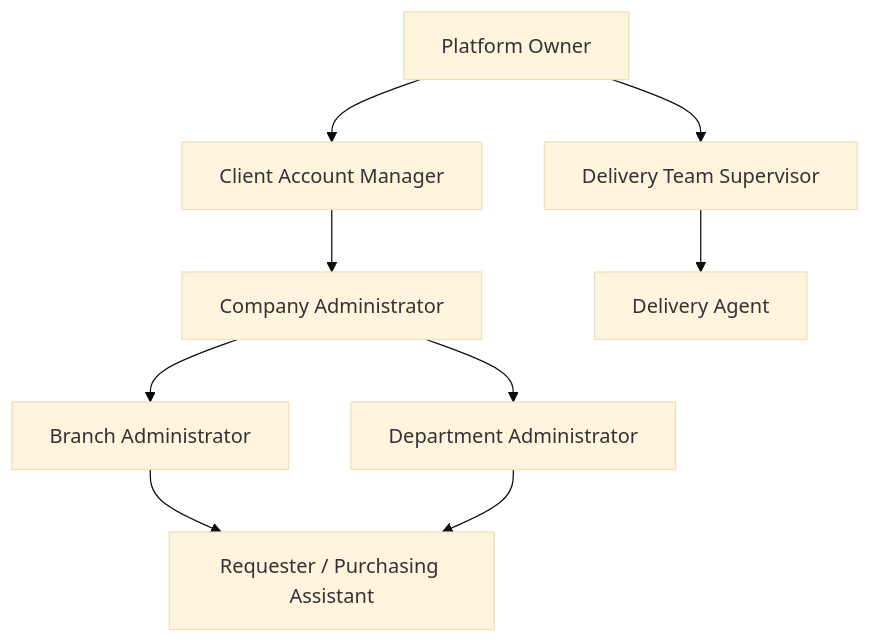
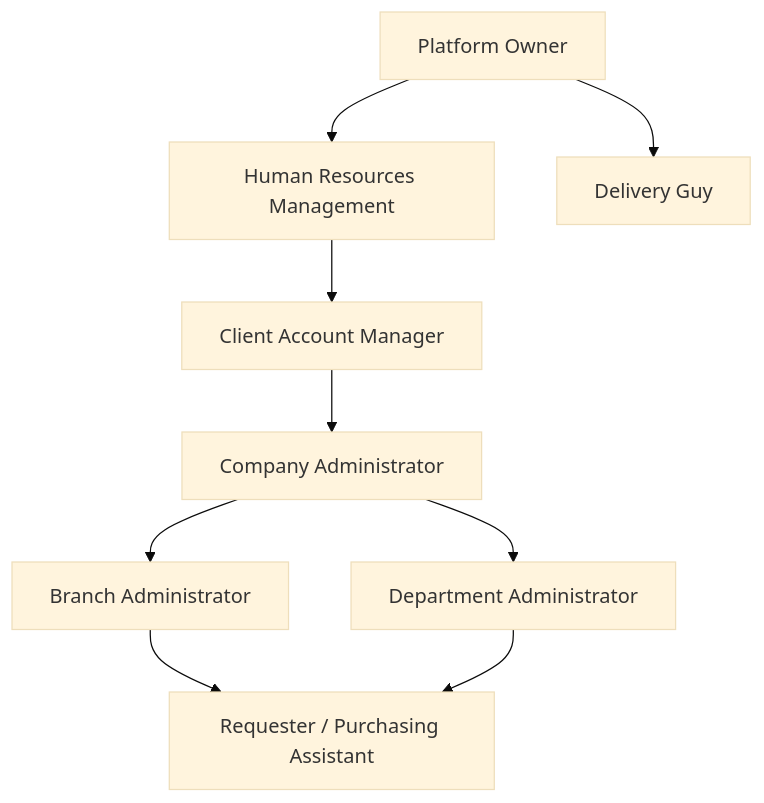
One commit to ASHRAF-2004/axora changed the first of 2 diagrams in docs/refactor/AUTHORIZATION_POLICY.md. Above: the diagram before and after it, drawn with Mermaid (base theme). The commit also changed other lines of this file and 154 other files, not shown here.

````diff
--- a/docs/refactor/AUTHORIZATION_POLICY.md
+++ b/docs/refactor/AUTHORIZATION_POLICY.md
@@ -12,20 +12,20 @@
 ```mermaid
 flowchart TB
   PO[Platform Owner]
+  HR[Human Resources Management]
   CAM[Client Account Manager]
   CA[Company Administrator]
   BA[Branch Administrator]
   DA[Department Administrator]
   R[Requester / Purchasing Assistant]
-  DTS[Delivery Team Supervisor]
-  DAgent[Delivery Agent]
+  DG[Delivery Guy]
 
-  PO --> CAM
+  PO --> HR
+  HR --> CAM
   CAM --> CA
   CA --> BA
   CA --> DA
   BA --> R
   DA --> R
-  PO --> DTS
-  DTS --> DAgent
+  PO --> DG
 ```
````
